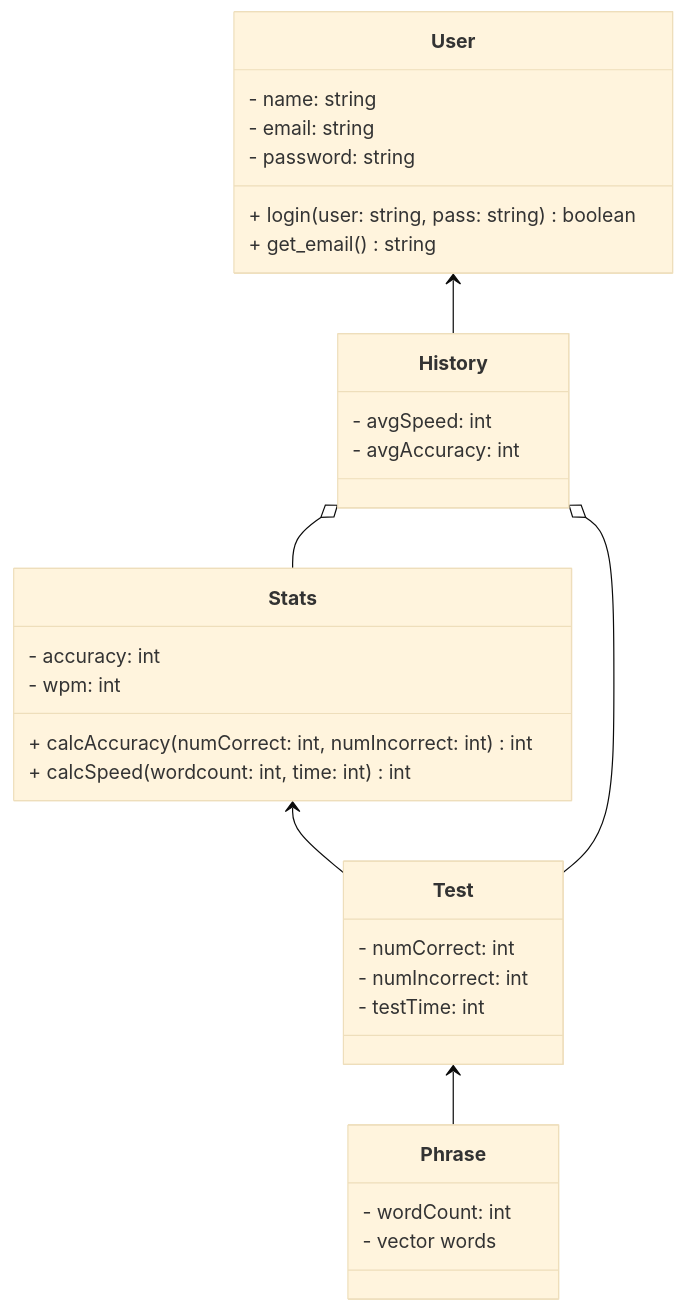
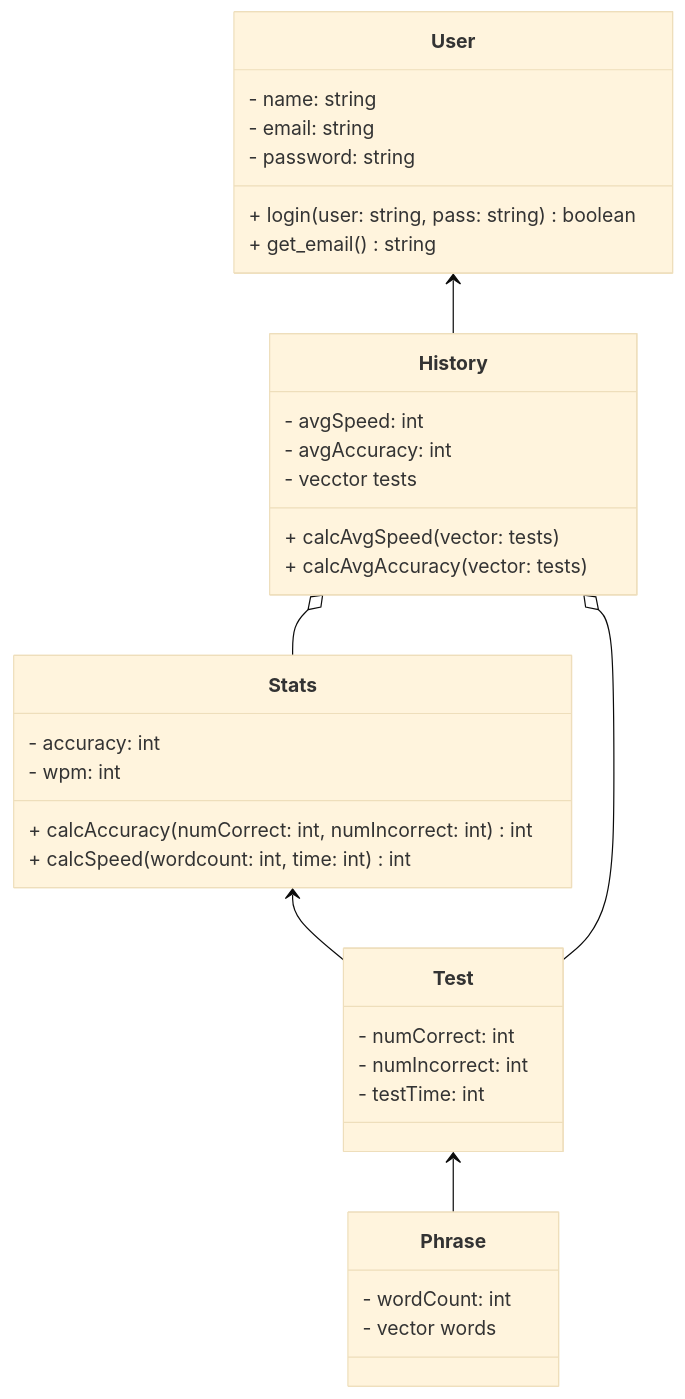
Before and after one commit to sbandaya/tippitytappity-design: the diagram in README.md, drawn with Mermaid (base theme).

Commit message:
Update README with new class methods and properties

````diff
--- a/README.md
+++ b/README.md
@@ -8,36 +8,40 @@
 ```mermaid
 classDiagram
   Stats <-- Test
   Test <-- Phrase
   User <-- History
   History o-- Stats
   History o-- Test
 
   class User{
         - name: string
         - email: string
         - password: string
         + login(user: string, pass: string) boolean
         + get_email() string
+        
   }
   class Stats{
         - accuracy: int
         - wpm: int
         + calcAccuracy( numCorrect: int, numIncorrect: int) int
         + calcSpeed( wordcount: int, time: int) int
   }
   class Phrase{
         - wordCount: int
         - vector<string> words
   }
   class Test{
         - numCorrect: int
         - numIncorrect: int
         - testTime: int
   }
   class History{
         - avgSpeed: int
         - avgAccuracy: int
+        - vecctor<Test> tests 
+        + calcAvgSpeed(vector<Test>: tests )
+        + calcAvgAccuracy(vector<Test>: tests)
   }
   
 ```
````
